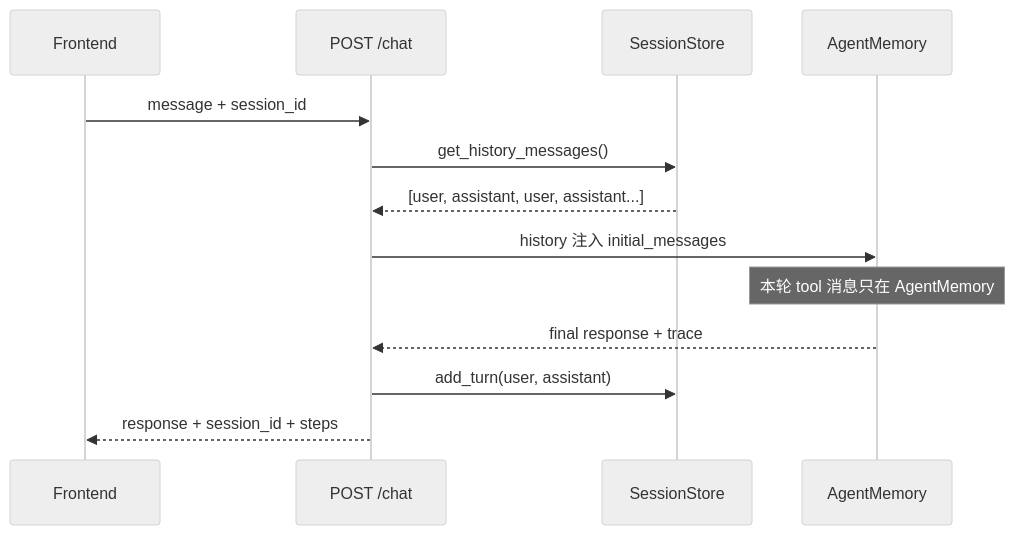
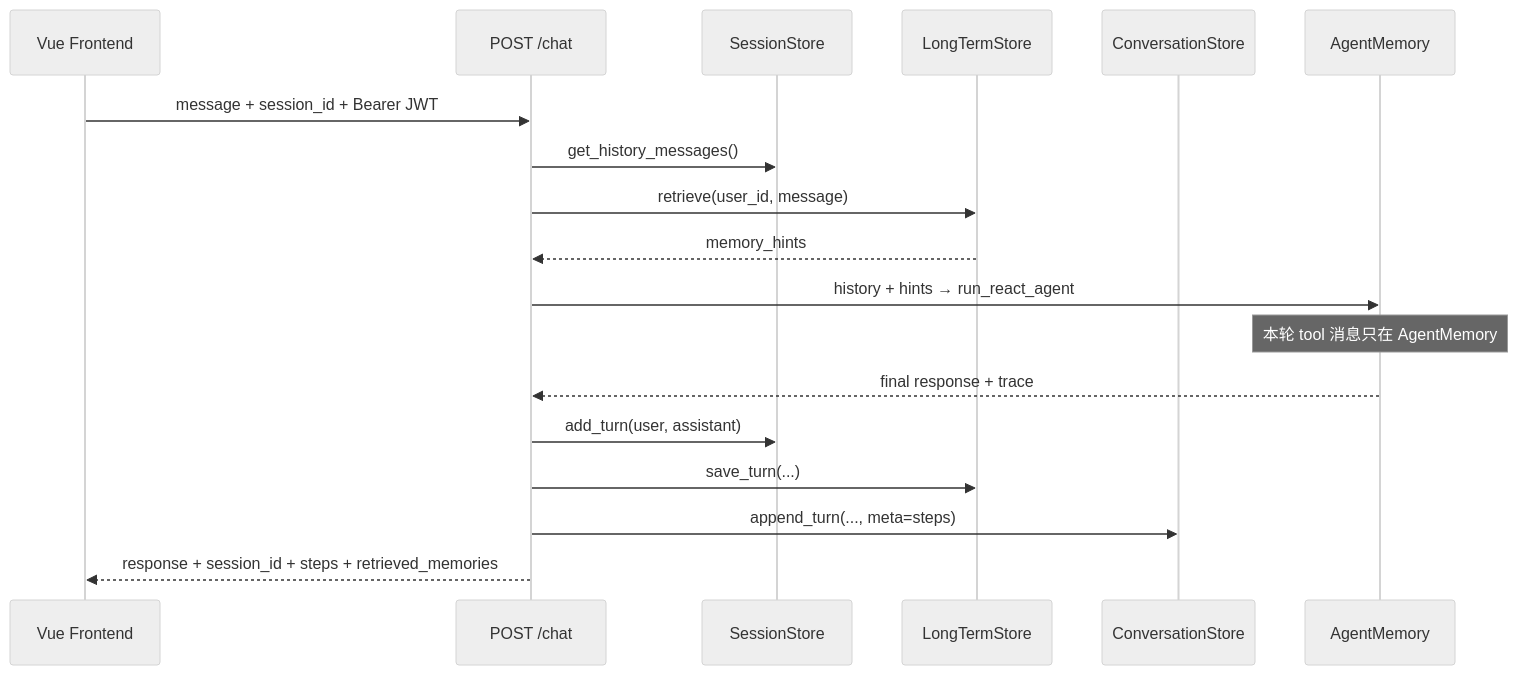
The diagram in docs/memory.md (fff2817/agent), drawn with Mermaid (neutral theme) before and after one commit. The commit also changed other lines of this file and 146 other files, not shown here.

````diff
--- a/docs/memory.md
+++ b/docs/memory.md
@@ -143,16 +161,21 @@
 ```mermaid
 sequenceDiagram
-    participant FE as Frontend
+    participant FE as Vue Frontend
     participant API as POST /chat
     participant SS as SessionStore
+    participant LT as LongTermStore
+    participant CS as ConversationStore
     participant AG as AgentMemory
 
-    FE->>API: message + session_id
+    FE->>API: message + session_id + Bearer JWT
     API->>SS: get_history_messages()
-    SS-->>API: [user, assistant, user, assistant...]
-    API->>AG: history 注入 initial_messages
+    API->>LT: retrieve(user_id, message)
+    LT-->>API: memory_hints
+    API->>AG: history + hints → run_react_agent
     Note over AG: 本轮 tool 消息只在 AgentMemory
     AG-->>API: final response + trace
     API->>SS: add_turn(user, assistant)
-    API-->>FE: response + session_id + steps
+    API->>LT: save_turn(...)
+    API->>CS: append_turn(..., meta=steps)
+    API-->>FE: response + session_id + steps + retrieved_memories
 ```
````
